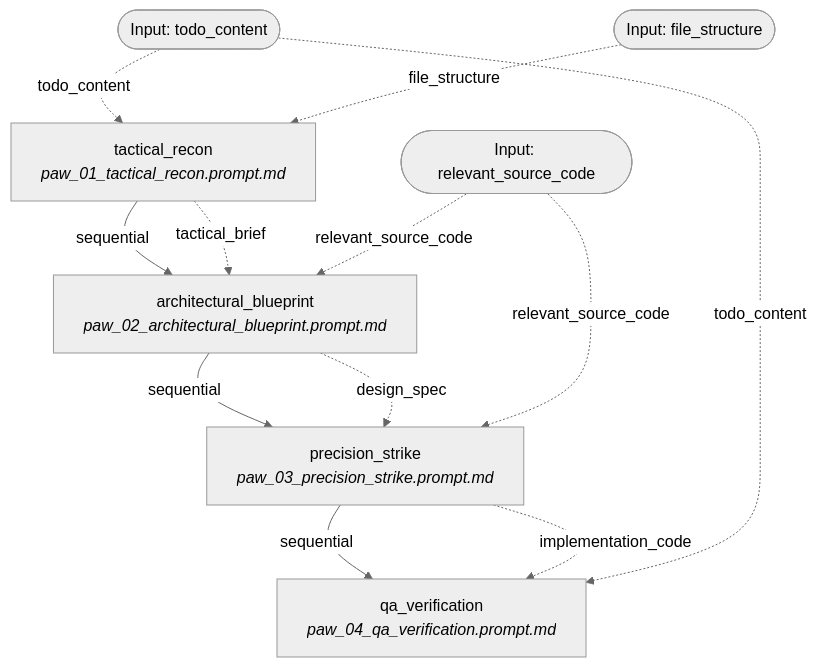
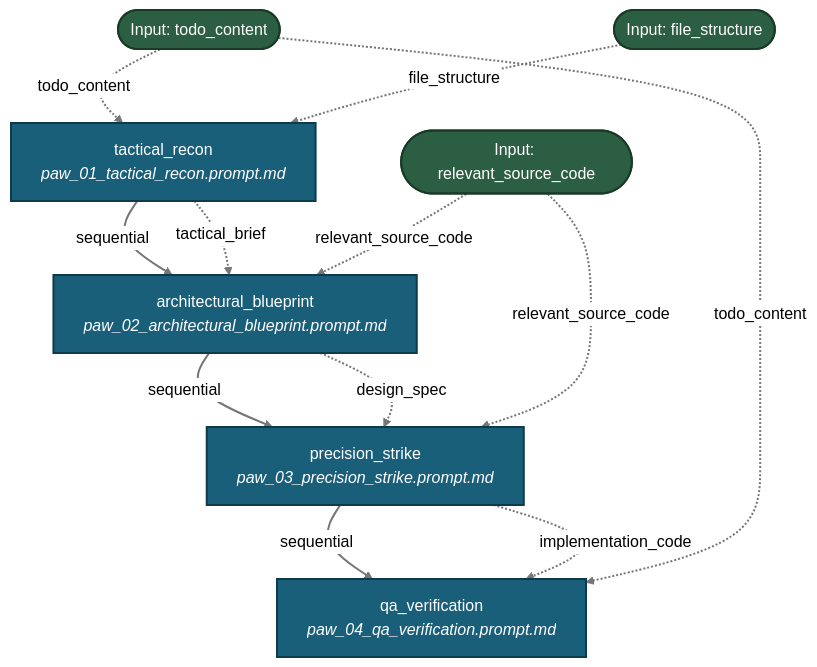
The diagram in docs/workflows/paw_workflow.md (fderuiter/proompts), drawn with Mermaid (neutral theme) before and after one commit. The commit also changed 267 other files, not shown here.

````diff
--- a/docs/workflows/paw_workflow.md
+++ b/docs/workflows/paw_workflow.md
@@ -11,21 +11,24 @@
 ```mermaid
 graph TD
-    INPUT_todo_content([Input: todo_content])
-    INPUT_file_structure([Input: file_structure])
-    INPUT_relevant_source_code([Input: relevant_source_code])
-    tactical_recon[tactical_recon<br><i>paw_01_tactical_recon.prompt.md</i>]
+    classDef stepNode fill:#1a5f7a,stroke:#0d3a4d,stroke-width:2px,color:#ffffff;
+    classDef inputNode fill:#2c5e43,stroke:#183b27,stroke-width:2px,color:#ffffff;
+    INPUT_todo_content([Input: todo_content]):::inputNode
+    INPUT_file_structure([Input: file_structure]):::inputNode
+    INPUT_relevant_source_code([Input: relevant_source_code]):::inputNode
+    tactical_recon[tactical_recon<br><i>paw_01_tactical_recon.prompt.md</i>]:::stepNode
     INPUT_todo_content -. todo_content .-> tactical_recon
     INPUT_file_structure -. file_structure .-> tactical_recon
     tactical_recon -->|sequential| architectural_blueprint
-    architectural_blueprint[architectural_blueprint<br><i>paw_02_architectural_blueprint.prompt.md</i>]
+    architectural_blueprint[architectural_blueprint<br><i>paw_02_architectural_blueprint.prompt.md</i>]:::stepNode
     tactical_recon -. tactical_brief .-> architectural_blueprint
     INPUT_relevant_source_code -. relevant_source_code .-> architectural_blueprint
     architectural_blueprint -->|sequential| precision_strike
-    precision_strike[precision_strike<br><i>paw_03_precision_strike.prompt.md</i>]
+    precision_strike[precision_strike<br><i>paw_03_precision_strike.prompt.md</i>]:::stepNode
     architectural_blueprint -. design_spec .-> precision_strike
     INPUT_relevant_source_code -. relevant_source_code .-> precision_strike
     precision_strike -->|sequential| qa_verification
-    qa_verification[qa_verification<br><i>paw_04_qa_verification.prompt.md</i>]
+    qa_verification[qa_verification<br><i>paw_04_qa_verification.prompt.md</i>]:::stepNode
     precision_strike -. implementation_code .-> qa_verification
     INPUT_todo_content -. todo_content .-> qa_verification
+    linkStyle default stroke:#767676,stroke-width:2px;
 ```
````
